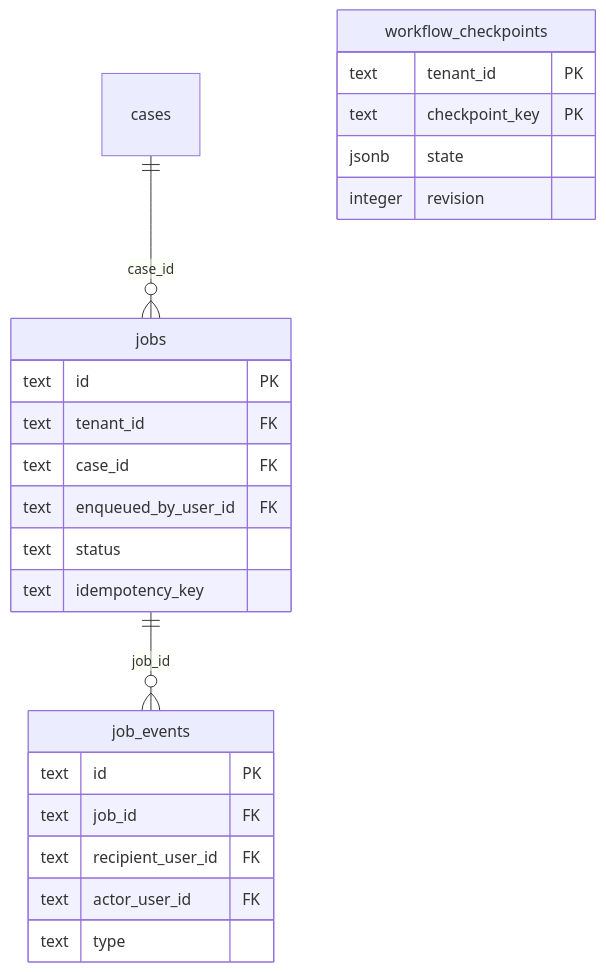
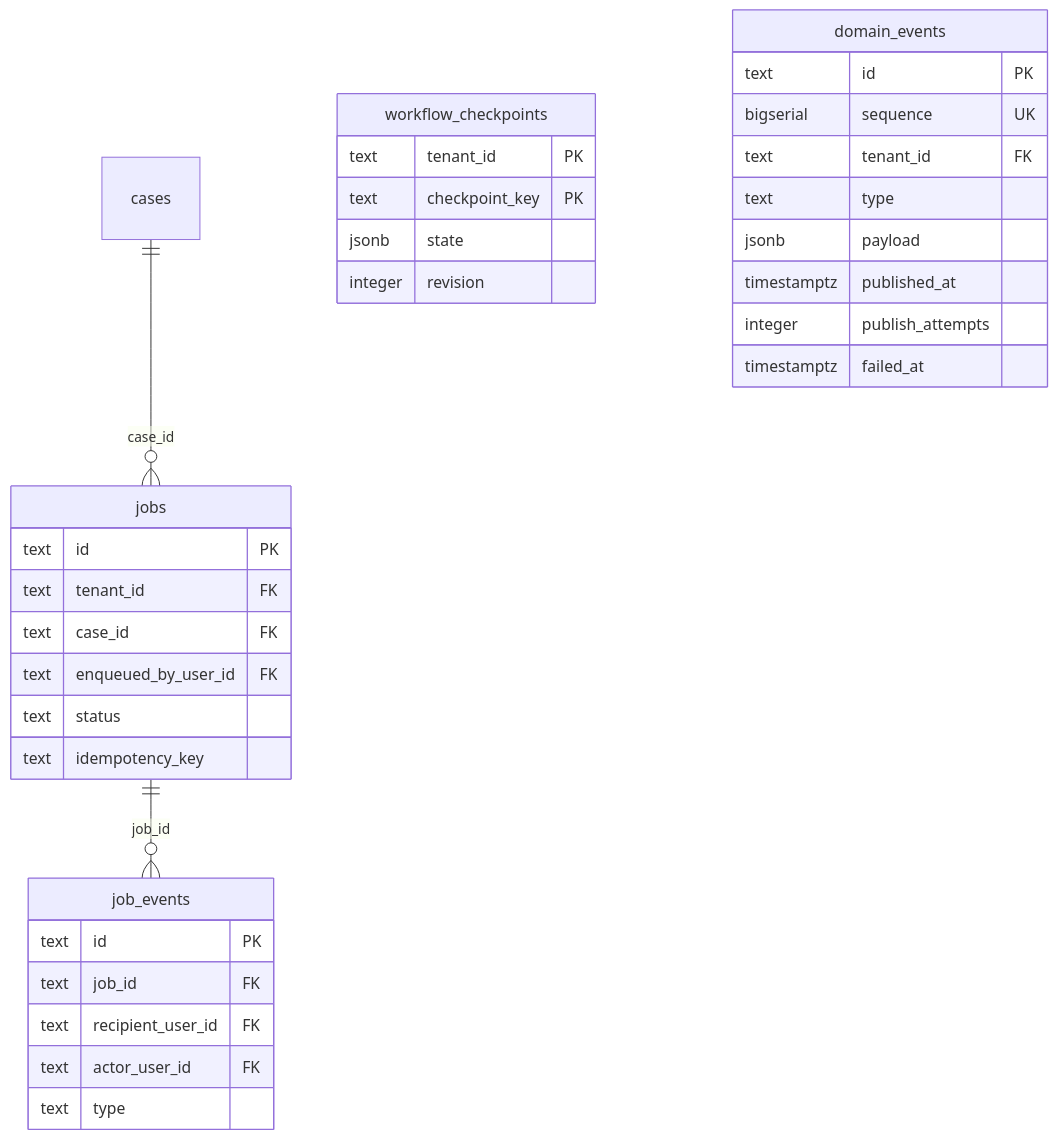
One commit to DNikolaiev/RAG-LLM-Document-Intelligence changed the fourth of 4 diagrams in ARCHITECTURE.md. Above: the diagram before and after it, drawn with Mermaid. The commit also changed other lines of this file and 8 other files, not shown here.

````diff
--- a/ARCHITECTURE.md
+++ b/ARCHITECTURE.md
@@ -293,27 +363,37 @@
 ```mermaid
 erDiagram
   cases ||--o{ jobs : "case_id"
   jobs ||--o{ job_events : "job_id"
 
   jobs {
     text id PK
     text tenant_id FK
     text case_id FK
     text enqueued_by_user_id FK
     text status
     text idempotency_key
   }
   job_events {
     text id PK
     text job_id FK
     text recipient_user_id FK
     text actor_user_id FK
     text type
   }
   workflow_checkpoints {
     text tenant_id PK
     text checkpoint_key PK
     jsonb state
     integer revision
   }
+  domain_events {
+    text id PK
+    bigserial sequence UK
+    text tenant_id FK
+    text type
+    jsonb payload
+    timestamptz published_at
+    integer publish_attempts
+    timestamptz failed_at
+  }
 ```
````
